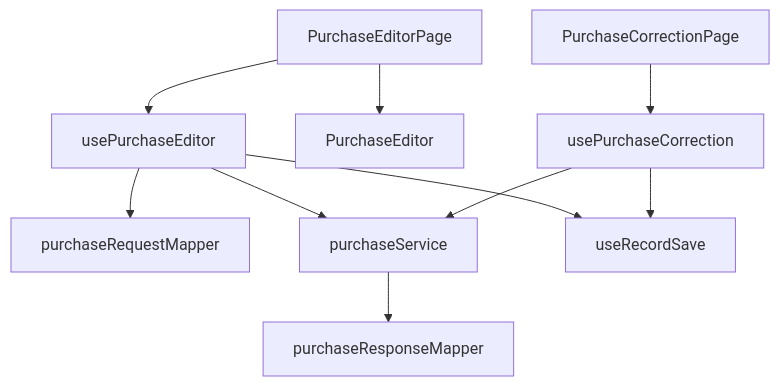
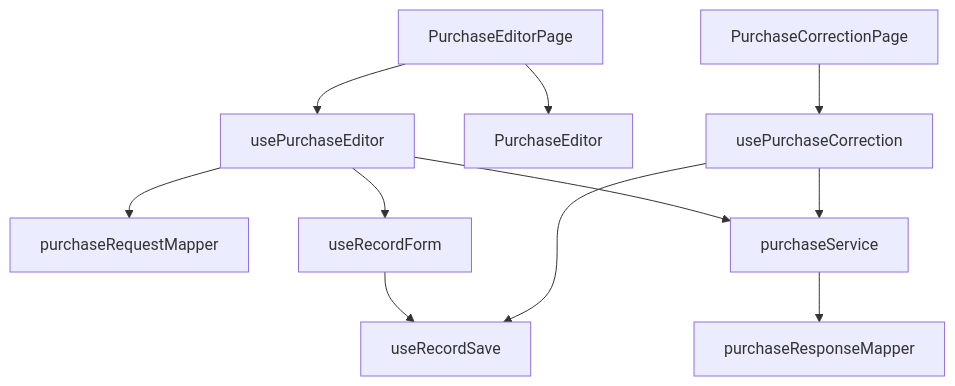
The second of 3 diagrams in front/docs/architecture/views/logical/components/06-purchases.md (gpgsistemas01/nexus), drawn with Mermaid before and after one commit. The commit also changed other lines of this file and 82 other files, not shown here.

````diff
--- a/front/docs/architecture/views/logical/components/06-purchases.md
+++ b/front/docs/architecture/views/logical/components/06-purchases.md
@@ -32,21 +32,23 @@
 ```mermaid
 flowchart TB
     editorPage["PurchaseEditorPage"]
     editor["usePurchaseEditor"]
     form["PurchaseEditor"]
     correctionPage["PurchaseCorrectionPage"]
     correction["usePurchaseCorrection"]
     request["purchaseRequestMapper"]
     service["purchaseService"]
     response["purchaseResponseMapper"]
+    recordForm["useRecordForm"]
     save["useRecordSave"]
     editorPage --> editor
     editorPage --> form
     correctionPage --> correction
     editor --> request
-    editor --> save
+    editor --> recordForm
+    recordForm --> save
     editor --> service
     correction --> service
     correction --> save
     service --> response
 ```
````
